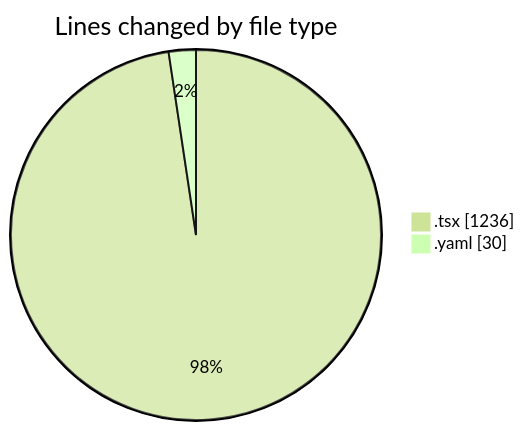
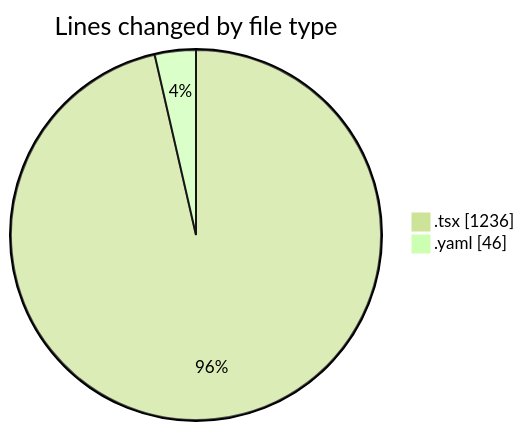
The first of 2 diagrams in 2025-11-20/cda/README.md (momahboobian/code-tracking), drawn with Mermaid (forest theme) before and after one commit. The commit also changed other lines of this file and 1 other file, not shown here.

````diff
--- a/2025-11-20/cda/README.md
+++ b/2025-11-20/cda/README.md
@@ -24,6 +24,6 @@
 ```mermaid
 pie showData
 title Lines changed by file type
 ".tsx" : 1236
-".yaml" : 30
+".yaml" : 46
 ```
````
